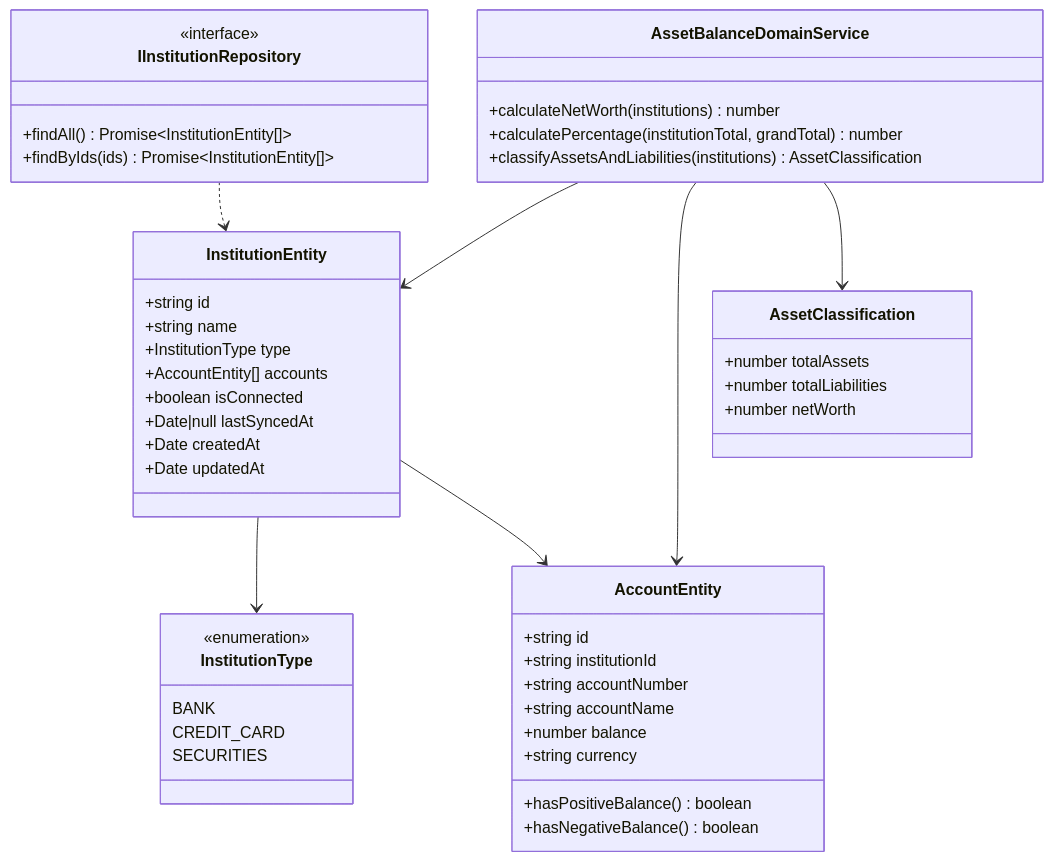
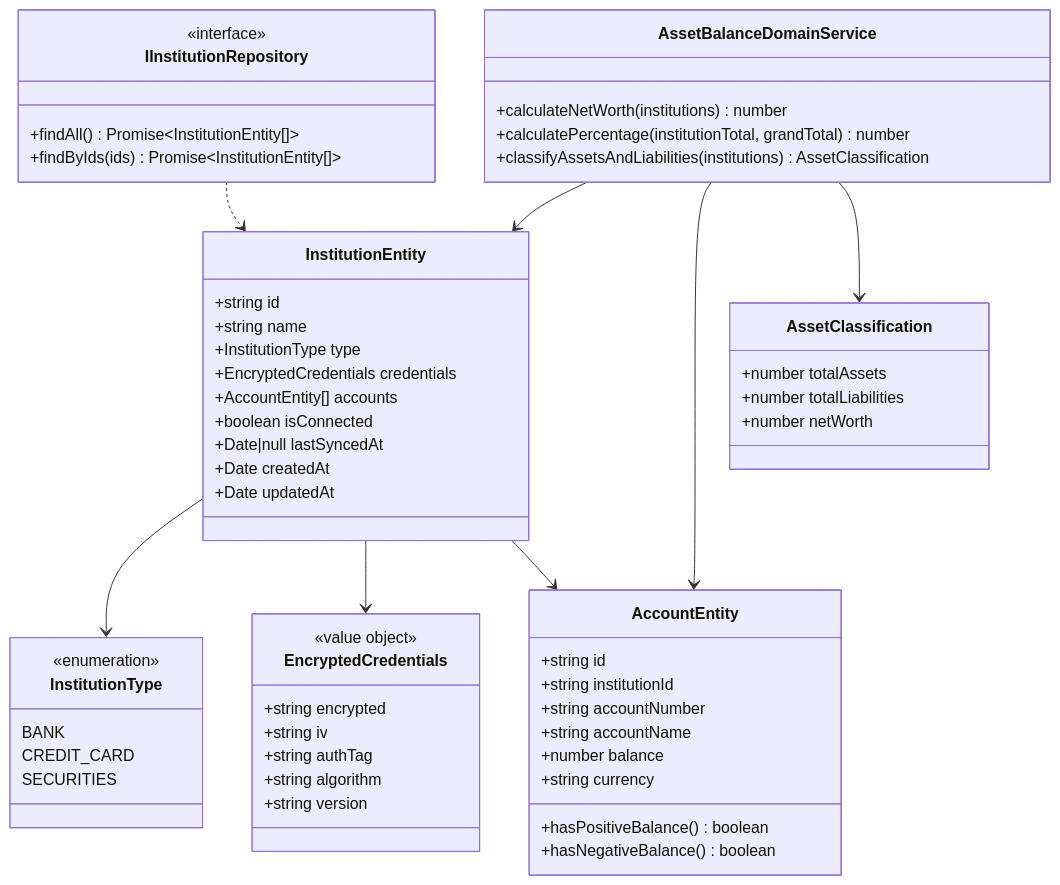
One commit to kencom2400/account-book changed the first of 5 diagrams in docs/detailed-design/FR-026_institution-asset-balance/class-diagrams.md. Above: the diagram before and after it, drawn with Mermaid. The commit also changed other lines of this file and 3 other files, not shown here.

````diff
--- a/docs/detailed-design/FR-026_institution-asset-balance/class-diagrams.md
+++ b/docs/detailed-design/FR-026_institution-asset-balance/class-diagrams.md
@@ -19,56 +19,67 @@
 ```mermaid
 classDiagram
     class InstitutionEntity {
         +string id
         +string name
         +InstitutionType type
+        +EncryptedCredentials credentials
         +AccountEntity[] accounts
         +boolean isConnected
         +Date|null lastSyncedAt
         +Date createdAt
         +Date updatedAt
+    }
+
+    class EncryptedCredentials {
+        <<value object>>
+        +string encrypted
+        +string iv
+        +string authTag
+        +string algorithm
+        +string version
     }
 
     class AccountEntity {
         +string id
         +string institutionId
         +string accountNumber
         +string accountName
         +number balance
         +string currency
         +hasPositiveBalance() boolean
         +hasNegativeBalance() boolean
     }
 
     class InstitutionType {
         <<enumeration>>
         BANK
         CREDIT_CARD
         SECURITIES
     }
 
     class AssetBalanceDomainService {
         +calculateNetWorth(institutions) number
         +calculatePercentage(institutionTotal, grandTotal) number
         +classifyAssetsAndLiabilities(institutions) AssetClassification
     }
 
     class AssetClassification {
         +number totalAssets
         +number totalLiabilities
         +number netWorth
     }
 
     class IInstitutionRepository {
         <<interface>>
         +findAll() Promise~InstitutionEntity[]~
         +findByIds(ids) Promise~InstitutionEntity[]~
     }
 
     InstitutionEntity --> InstitutionType
+    InstitutionEntity --> EncryptedCredentials
     InstitutionEntity --> AccountEntity
     AssetBalanceDomainService --> InstitutionEntity
     AssetBalanceDomainService --> AccountEntity
     AssetBalanceDomainService --> AssetClassification
     IInstitutionRepository ..> InstitutionEntity
 ```
````
